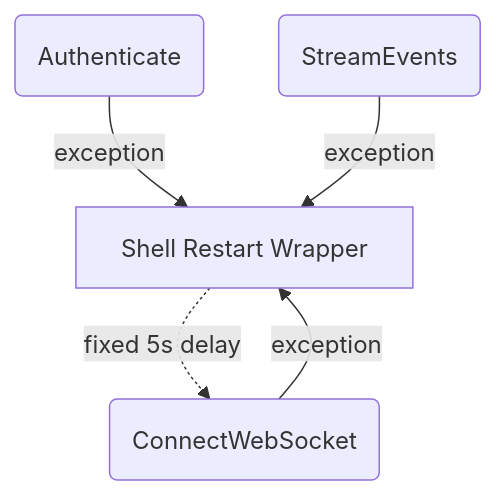
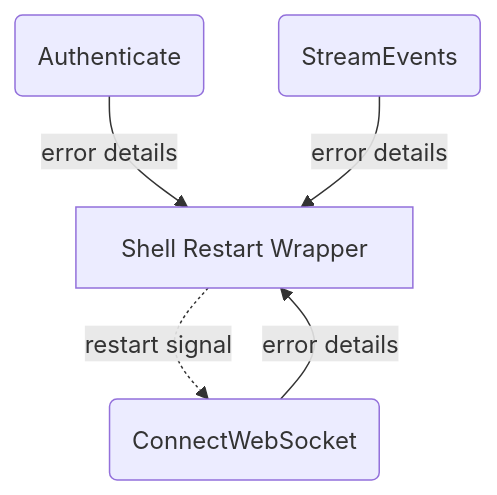
The second of 5 diagrams in _dfds/rocketchat.md (cosmoswafer/rockbot), drawn with Mermaid before and after one commit. The commit also changed other lines of this file and 7 other files, not shown here.

````diff
--- a/_dfds/rocketchat.md
+++ b/_dfds/rocketchat.md
@@ -60,12 +58,12 @@
 ```mermaid
 flowchart TD
     AUTH(Authenticate)
     CONNECT(ConnectWebSocket)
     STREAM(StreamEvents)
     RESTART[Shell Restart Wrapper]
 
-    AUTH -->|"exception"| RESTART
-    CONNECT -->|"exception"| RESTART
-    STREAM -->|"exception"| RESTART
-    RESTART -.->|"fixed 5s delay"| CONNECT
+    AUTH -->|"error details"| RESTART
+    CONNECT -->|"error details"| RESTART
+    STREAM -->|"error details"| RESTART
+    RESTART -.->|"restart signal"| CONNECT
 ```
````
